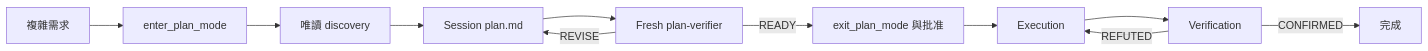
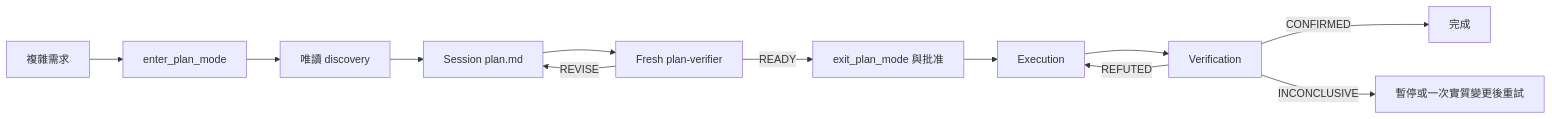
Before and after one commit to Nanako0129/pilotfish-grok: the third of 3 diagrams in README.zh-TW.md, drawn with Mermaid. The commit also changed other lines of this file and 6 other files, not shown here.

````diff
--- a/README.zh-TW.md
+++ b/README.zh-TW.md
@@ -123,13 +123,14 @@
 ```mermaid
 flowchart LR
     R[複雜需求] --> N[enter_plan_mode]
     N --> D[唯讀 discovery]
     D --> P[Session plan.md]
     P --> PV[Fresh plan-verifier]
     PV -->|REVISE| P
     PV -->|READY| A[exit_plan_mode 與批准]
     A --> E[Execution]
     E --> V[Verification]
     V -->|REFUTED| E
     V -->|CONFIRMED| Done[完成]
+    V -->|INCONCLUSIVE| Pause[暫停或一次實質變更後重試]
 ```
````
